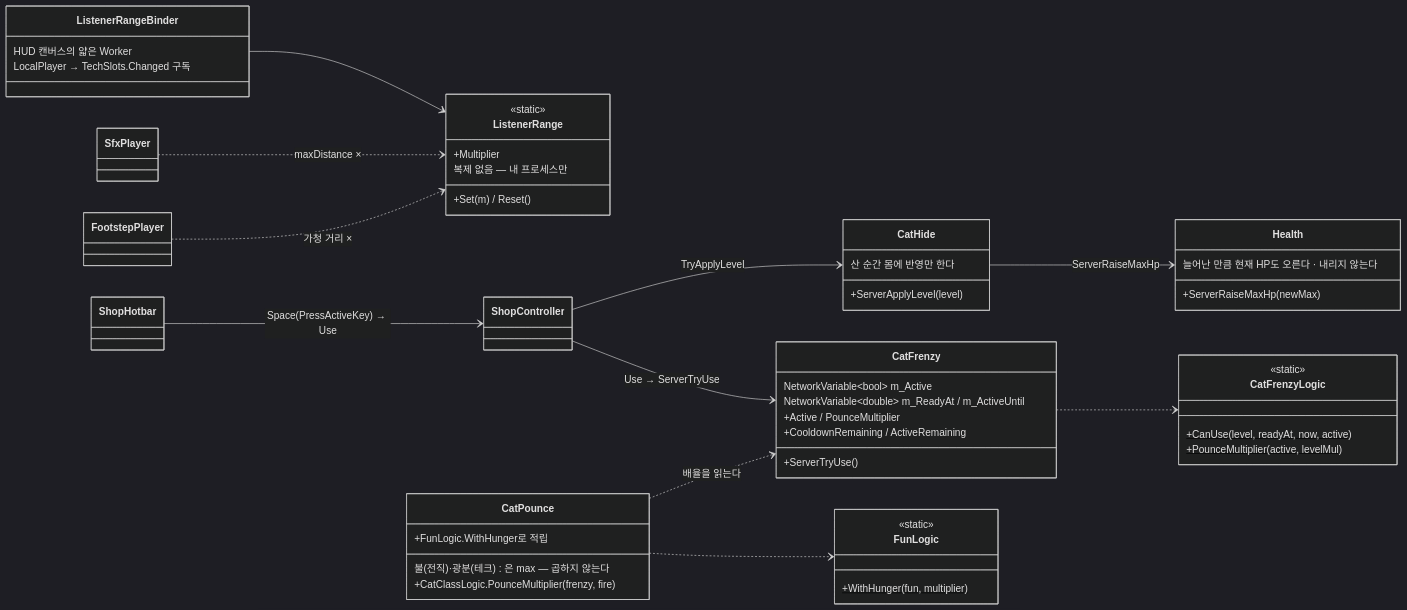
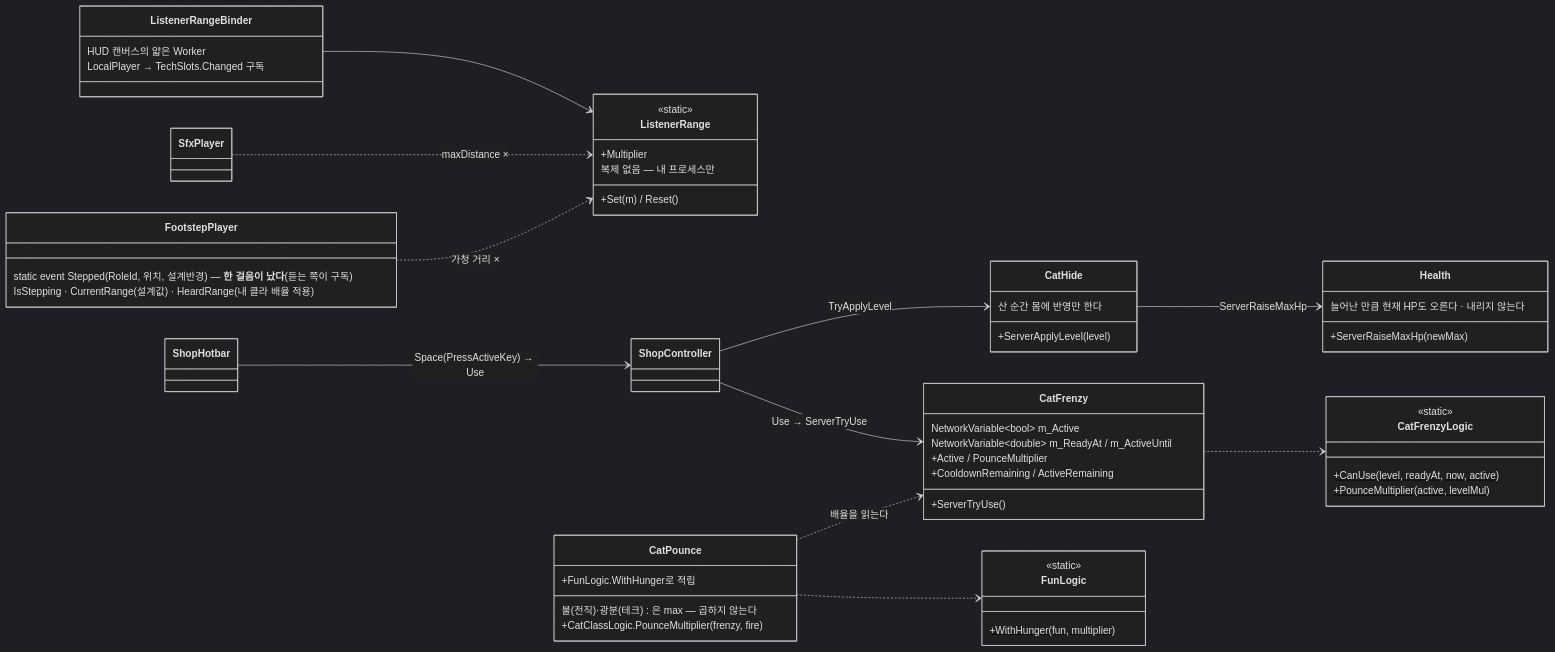
One commit to JeahanPark/The-Cheese-Thief-and-the-Cat changed diagram 32 of 46 in CTC/docs/design-vault/코드 다이어그램.md. Above: the diagram before and after it, drawn with Mermaid (dark theme). The commit also changed other lines of this file and 10 other files, not shown here.

````diff
--- a/CTC/docs/design-vault/코드 다이어그램.md
+++ b/CTC/docs/design-vault/코드 다이어그램.md
@@ -2034,56 +2051,59 @@
 ```mermaid
 classDiagram
     direction LR
     class CatHide {
         +ServerApplyLevel(level)
         산 순간 몸에 반영만 한다
     }
     class Health {
         +ServerRaiseMaxHp(newMax)
         늘어난 만큼 현재 HP도 오른다 · 내리지 않는다
     }
     class CatFrenzy {
         NetworkVariable~bool~ m_Active
         NetworkVariable~double~ m_ReadyAt / m_ActiveUntil
         +ServerTryUse()
         +Active / PounceMultiplier
         +CooldownRemaining / ActiveRemaining
     }
     class CatFrenzyLogic {
         <<static>>
         +CanUse(level, readyAt, now, active)$
         +PounceMultiplier(active, levelMul)$
     }
     class FunLogic {
         <<static>>
         +WithHunger(fun, multiplier)$
     }
     class ListenerRange {
         <<static>>
         +Multiplier
         +Set(m) / Reset()
         복제 없음 — 내 프로세스만
     }
     class ListenerRangeBinder {
         HUD 캔버스의 얇은 Worker
         LocalPlayer → TechSlots.Changed 구독
     }
     class CatPounce {
         불(전직)·광분(테크)은 max — 곱하지 않는다
         +CatClassLogic.PounceMultiplier(frenzy, fire)
         +FunLogic.WithHunger로 적립
     }
     class SfxPlayer
-    class FootstepPlayer
+    class FootstepPlayer {
+        static event Stepped(RoleId, 위치, 설계반경) — **한 걸음이 났다**(듣는 쪽이 구독)
+        IsStepping · CurrentRange(설계값) · HeardRange(내 클라 배율 적용)
+    }
 
     ShopController --> CatHide : TryApplyLevel
     CatHide --> Health : ServerRaiseMaxHp
     ShopHotbar --> ShopController : Space(PressActiveKey) → Use
     ShopController --> CatFrenzy : Use → ServerTryUse
     CatFrenzy ..> CatFrenzyLogic
     CatPounce ..> CatFrenzy : 배율을 읽는다
     CatPounce ..> FunLogic
     ListenerRangeBinder --> ListenerRange
     SfxPlayer ..> ListenerRange : maxDistance ×
     FootstepPlayer ..> ListenerRange : 가청 거리 ×
 ```
````
